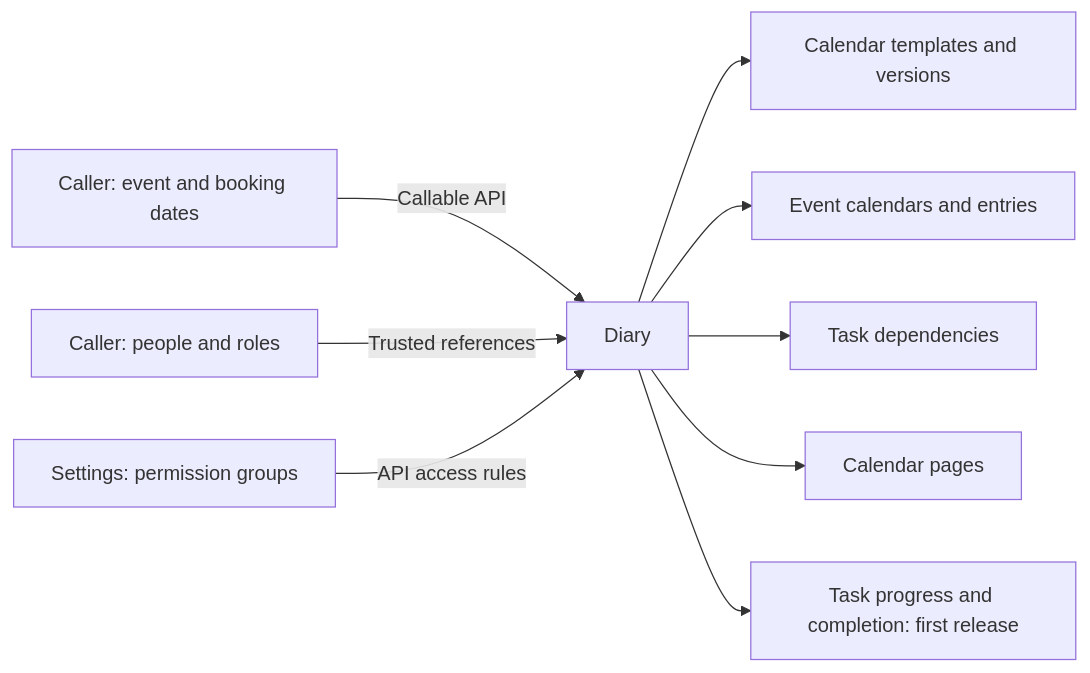
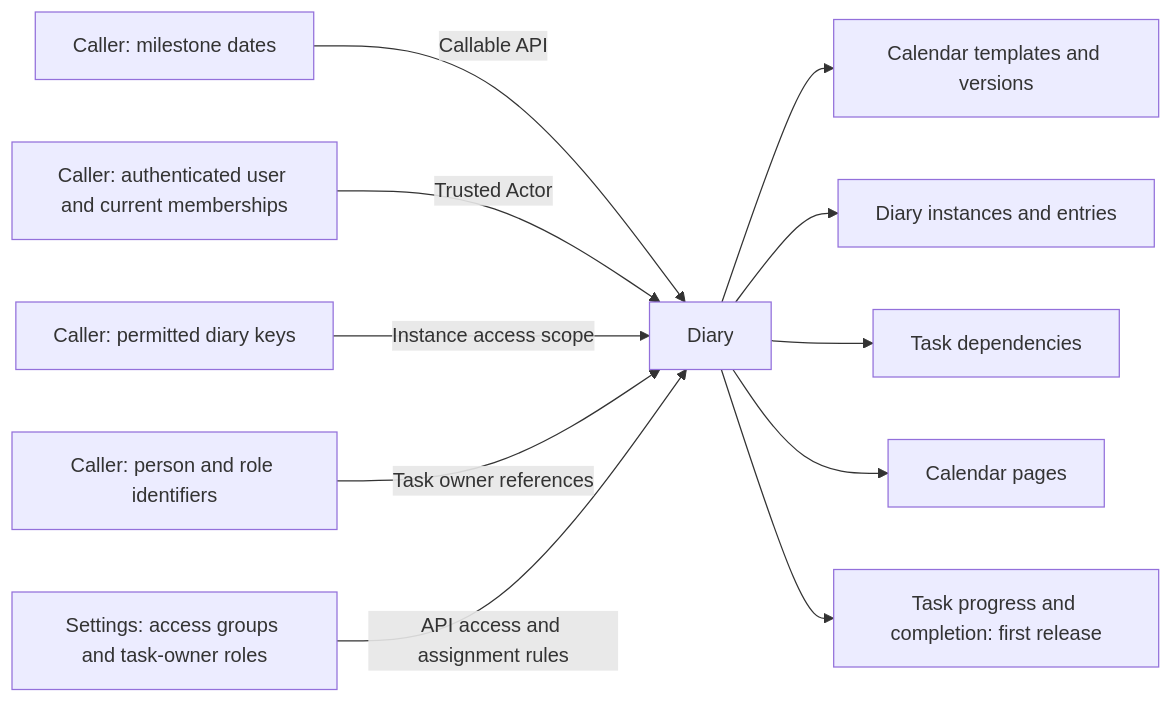
One commit to TonyFlury/GarageSale changed the first of 13 diagrams in docs/design/event-calendar.md. Above: the diagram before and after it, drawn with Mermaid. The commit also changed other lines of this file, not shown here.

Commit message:
docs: use generic Diary diagram inputs and clarify caller identity

````diff
--- a/docs/design/event-calendar.md
+++ b/docs/design/event-calendar.md
@@ -152,11 +156,13 @@
 ```mermaid
 flowchart LR
-    A[Caller: event and booking dates] -->|Callable API| D[Diary]
-    B[Caller: people and roles] -->|Trusted references| D
-    C[Settings: permission groups] -->|API access rules| D
+    A[Caller: milestone dates] -->|Callable API| D[Diary]
+    B[Caller: authenticated user and current memberships] -->|Trusted Actor| D
+    J[Caller: permitted diary keys] -->|Instance access scope| D
+    K[Caller: person and role identifiers] -->|Task owner references| D
+    C[Settings: access groups and task-owner roles] -->|API access and assignment rules| D
     D --> E[Calendar templates and versions]
-    D --> F[Event calendars and entries]
+    D --> F[Diary instances and entries]
     D --> G[Task dependencies]
     D --> H[Calendar pages]
     D --> I[Task progress and completion: first release]
 ```
````
